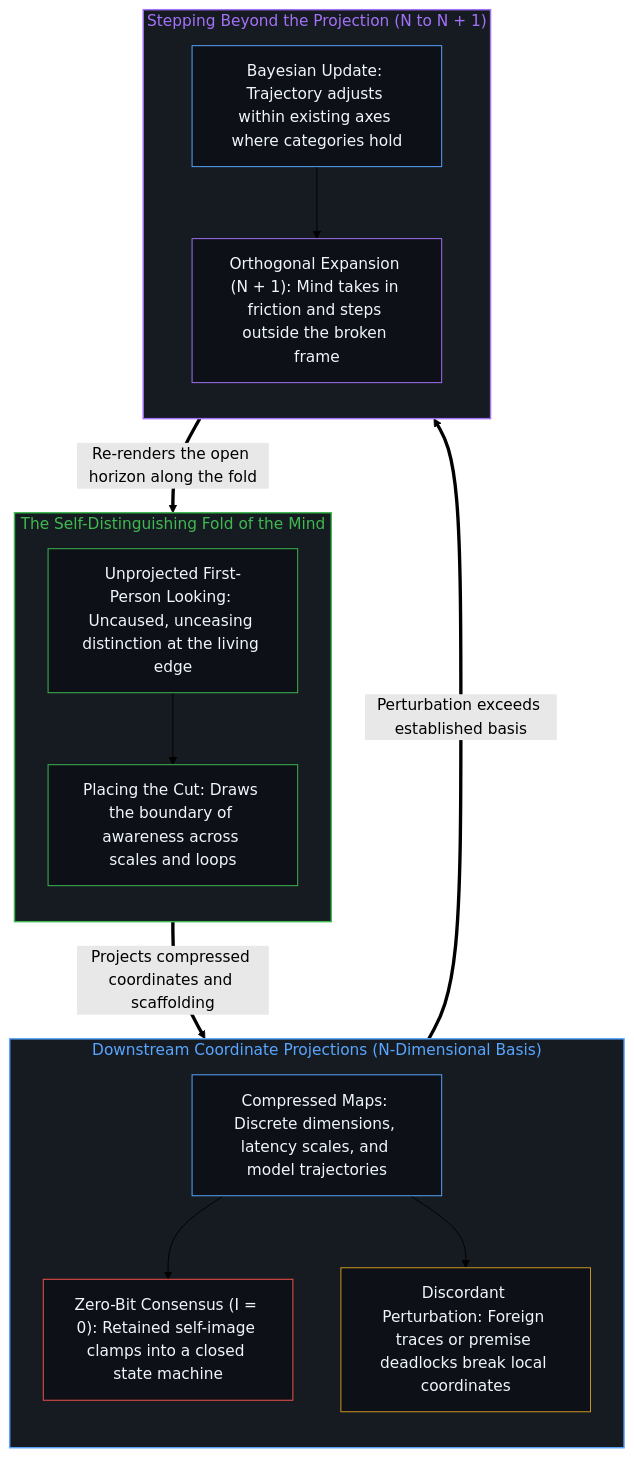
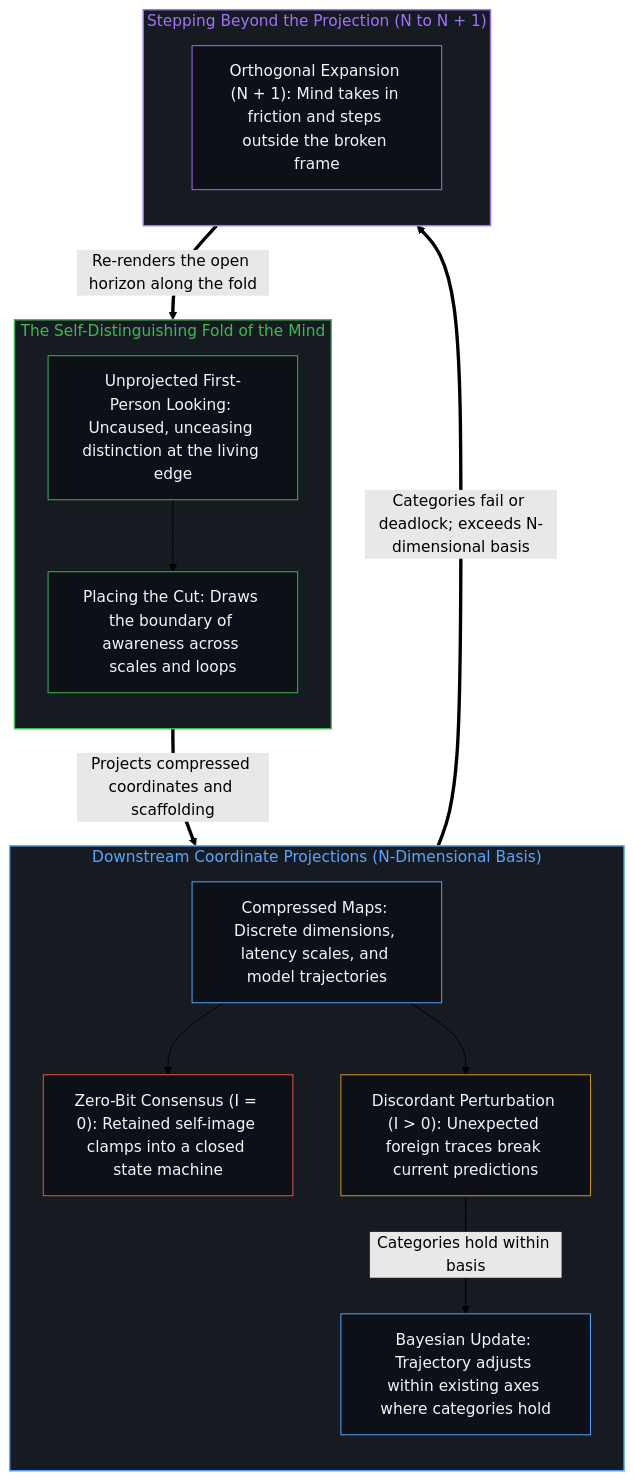
The second of 2 diagrams in content/posts/the-continuum-of-the-fold.md (powerpig99/not-a-toe), drawn with Mermaid (forest theme) before and after one commit. The commit also changed other lines of this file and 5 other files, not shown here.

````diff
--- a/content/posts/the-continuum-of-the-fold.md
+++ b/content/posts/the-continuum-of-the-fold.md
@@ -112,36 +112,36 @@
 ```mermaid
 flowchart TD
     subgraph S_Fold["The Self-Distinguishing Fold of the Mind"]
         direction TB
         F_Look["Unprojected First-Person Looking: Uncaused, unceasing distinction at the living edge"]
         F_Cut["Placing the Cut: Draws the boundary of awareness across scales and loops"]
         F_Look --> F_Cut
     end
     subgraph S_Proj["Downstream Coordinate Projections (N-Dimensional Basis)"]
         direction TB
         P_Coord["Compressed Maps: Discrete dimensions, latency scales, and model trajectories"]
         P_Echo["Zero-Bit Consensus (I = 0): Retained self-image clamps into a closed state machine"]
-        P_Collide["Discordant Perturbation: Foreign traces or premise deadlocks break local coordinates"]
+        P_Collide["Discordant Perturbation (I > 0): Unexpected foreign traces break current predictions"]
+        E_Update["Bayesian Update: Trajectory adjusts within existing axes where categories hold"]
         P_Coord --> P_Echo
         P_Coord --> P_Collide
+        P_Collide -->|"Categories hold within basis"| E_Update
     end
     subgraph S_Expand["Stepping Beyond the Projection (N to N + 1)"]
         direction TB
-        E_Update["Bayesian Update: Trajectory adjusts within existing axes where categories hold"]
         E_Ortho["Orthogonal Expansion (N + 1): Mind takes in friction and steps outside the broken frame"]
-        E_Update --> E_Ortho
     end
     F_Cut ==>|"Projects compressed coordinates and scaffolding"| P_Coord
-    P_Collide ==>|"Perturbation exceeds established basis"| E_Update
+    P_Collide ==>|"Categories fail or deadlock; exceeds N-dimensional basis"| E_Ortho
     E_Ortho ==>|"Re-renders the open horizon along the fold"| F_Look
     style S_Fold fill:#161b22,stroke:#3fb950,stroke-width:1.5px,color:#3fb950
     style S_Proj fill:#161b22,stroke:#58a6ff,stroke-width:1.5px,color:#58a6ff
     style S_Expand fill:#161b22,stroke:#a371f7,stroke-width:1.5px,color:#a371f7
     style F_Look fill:#0d1117,stroke:#3fb950,stroke-width:1px,color:#f0f6fc
     style F_Cut fill:#0d1117,stroke:#3fb950,stroke-width:1px,color:#f0f6fc
     style P_Coord fill:#0d1117,stroke:#58a6ff,stroke-width:1px,color:#f0f6fc
     style P_Echo fill:#0d1117,stroke:#f85149,stroke-width:1px,color:#f0f6fc
     style P_Collide fill:#0d1117,stroke:#d29922,stroke-width:1px,color:#f0f6fc
     style E_Update fill:#0d1117,stroke:#58a6ff,stroke-width:1px,color:#f0f6fc
     style E_Ortho fill:#0d1117,stroke:#a371f7,stroke-width:1px,color:#f0f6fc
 ```
````
